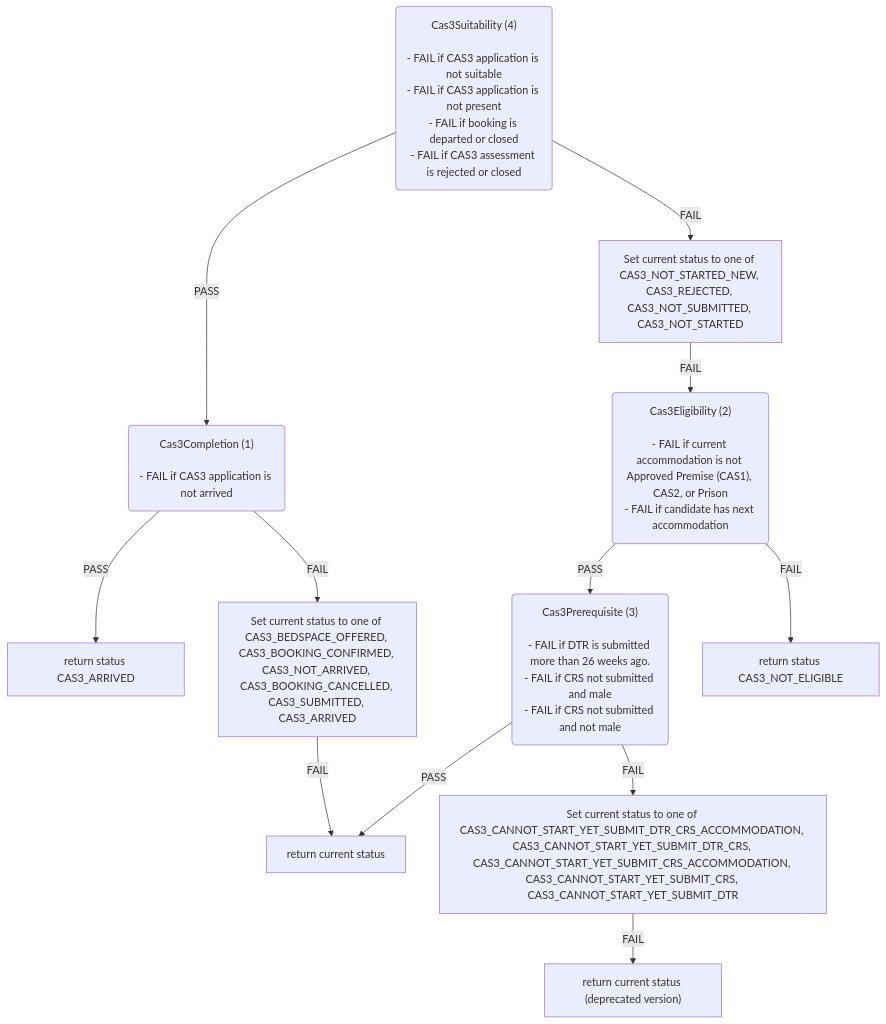
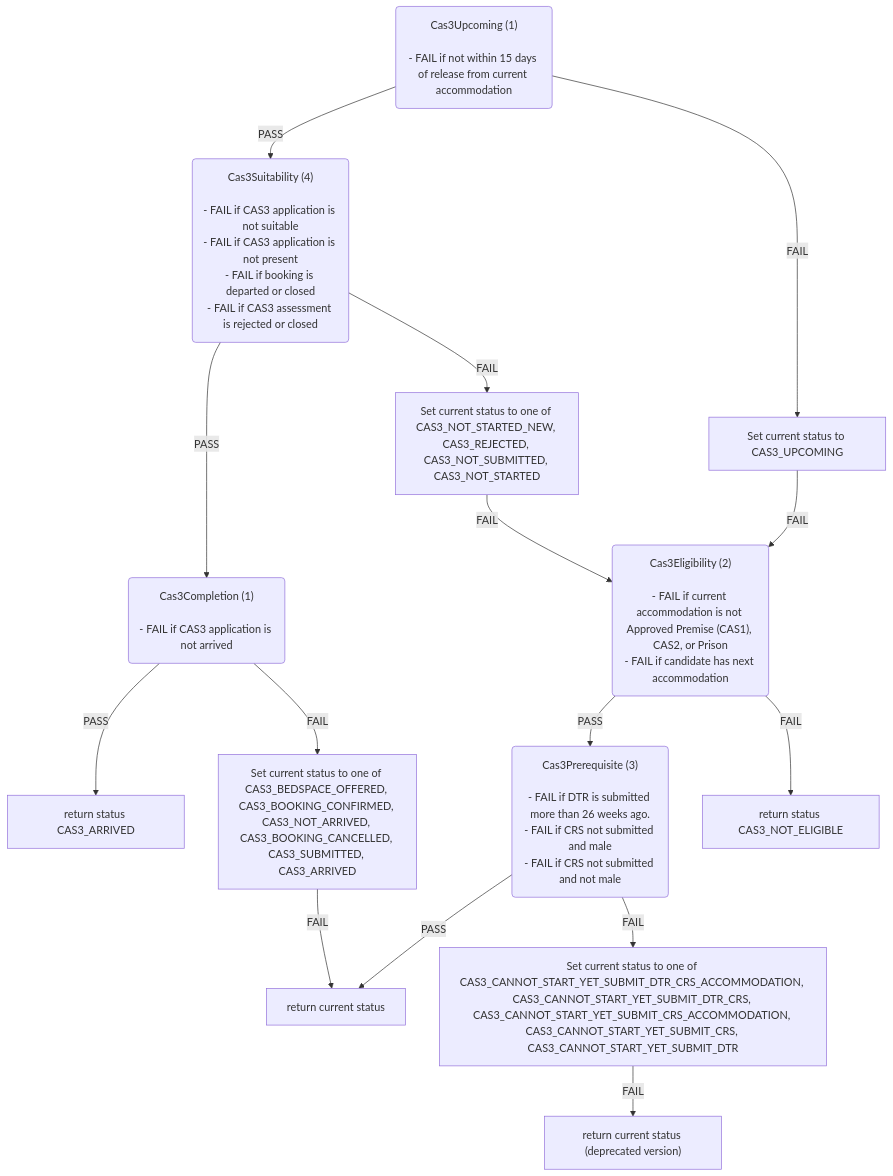
One commit to uk-gov-mirror/ministryofjustice.hmpps-single-accommodation-service-api changed the third of 6 diagrams in docs/eligibility-rules-graph.md. Above: the diagram before and after it, drawn with Mermaid. The commit also changed other lines of this file and 14 other files, not shown here.

Commit message:
feature/SAS-1390-Add-Upcoming-15-days-rule-to-CAS3

````diff
--- a/docs/eligibility-rules-graph.md
+++ b/docs/eligibility-rules-graph.md
@@ -218,39 +218,46 @@
 ```mermaid
 flowchart TD
+  Cas3Upcoming("Cas3Upcoming (1)
+
+- FAIL if not within 15 days of release from current accommodation")
   Cas3Suitability("Cas3Suitability (4)
 
 - FAIL if CAS3 application is not suitable
 - FAIL if CAS3 application is not present
 - FAIL if booking is departed or closed
 - FAIL if CAS3 assessment is rejected or closed")
   Cas3Completion("Cas3Completion (1)
 
 - FAIL if CAS3 application is not arrived")
   return_status_CAS3_ARRIVED["return status CAS3_ARRIVED"]
   Set_current_status_to_one_of_CAS3_BEDSPACE_OFFERED__CAS3_BOOKING_CONFIRMED__CAS3_NOT_ARRIVED__CAS3_BOOKING_CANCELLED__CAS3_SUBMITTED__CAS3_ARRIVED["Set current status to one of CAS3_BEDSPACE_OFFERED, CAS3_BOOKING_CONFIRMED, CAS3_NOT_ARRIVED, CAS3_BOOKING_CANCELLED, CAS3_SUBMITTED, CAS3_ARRIVED"]
   return_current_status["return current status"]
   Set_current_status_to_one_of_CAS3_NOT_STARTED_NEW__CAS3_REJECTED__CAS3_NOT_SUBMITTED__CAS3_NOT_STARTED["Set current status to one of CAS3_NOT_STARTED_NEW, CAS3_REJECTED, CAS3_NOT_SUBMITTED, CAS3_NOT_STARTED"]
   Cas3Eligibility("Cas3Eligibility (2)
 
 - FAIL if current accommodation is not Approved Premise (CAS1), CAS2, or Prison
 - FAIL if candidate has next accommodation")
   Cas3Prerequisite("Cas3Prerequisite (3)
 
 - FAIL if DTR is submitted more than 26 weeks ago.
 - FAIL if CRS not submitted and male
 - FAIL if CRS not submitted and not male")
   Set_current_status_to_one_of_CAS3_CANNOT_START_YET_SUBMIT_DTR_CRS_ACCOMMODATION__CAS3_CANNOT_START_YET_SUBMIT_DTR_CRS__CAS3_CANNOT_START_YET_SUBMIT_CRS_ACCOMMODATION__CAS3_CANNOT_START_YET_SUBMIT_CRS__CAS3_CANNOT_START_YET_SUBMIT_DTR["Set current status to one of CAS3_CANNOT_START_YET_SUBMIT_DTR_CRS_ACCOMMODATION, CAS3_CANNOT_START_YET_SUBMIT_DTR_CRS, CAS3_CANNOT_START_YET_SUBMIT_CRS_ACCOMMODATION, CAS3_CANNOT_START_YET_SUBMIT_CRS, CAS3_CANNOT_START_YET_SUBMIT_DTR"]
   return_current_status__deprecated_version_["return current status (deprecated version)"]
   return_status_CAS3_NOT_ELIGIBLE["return status CAS3_NOT_ELIGIBLE"]
+  Set_current_status_to_CAS3_UPCOMING["Set current status to CAS3_UPCOMING"]
   Cas3Completion -->|PASS| return_status_CAS3_ARRIVED
   Cas3Completion -->|FAIL| Set_current_status_to_one_of_CAS3_BEDSPACE_OFFERED__CAS3_BOOKING_CONFIRMED__CAS3_NOT_ARRIVED__CAS3_BOOKING_CANCELLED__CAS3_SUBMITTED__CAS3_ARRIVED
   Set_current_status_to_one_of_CAS3_BEDSPACE_OFFERED__CAS3_BOOKING_CONFIRMED__CAS3_NOT_ARRIVED__CAS3_BOOKING_CANCELLED__CAS3_SUBMITTED__CAS3_ARRIVED -->|FAIL| return_current_status
   Cas3Suitability -->|PASS| Cas3Completion
   Cas3Suitability -->|FAIL| Set_current_status_to_one_of_CAS3_NOT_STARTED_NEW__CAS3_REJECTED__CAS3_NOT_SUBMITTED__CAS3_NOT_STARTED
   Cas3Prerequisite -->|PASS| return_current_status
   Cas3Prerequisite -->|FAIL| Set_current_status_to_one_of_CAS3_CANNOT_START_YET_SUBMIT_DTR_CRS_ACCOMMODATION__CAS3_CANNOT_START_YET_SUBMIT_DTR_CRS__CAS3_CANNOT_START_YET_SUBMIT_CRS_ACCOMMODATION__CAS3_CANNOT_START_YET_SUBMIT_CRS__CAS3_CANNOT_START_YET_SUBMIT_DTR
   Set_current_status_to_one_of_CAS3_CANNOT_START_YET_SUBMIT_DTR_CRS_ACCOMMODATION__CAS3_CANNOT_START_YET_SUBMIT_DTR_CRS__CAS3_CANNOT_START_YET_SUBMIT_CRS_ACCOMMODATION__CAS3_CANNOT_START_YET_SUBMIT_CRS__CAS3_CANNOT_START_YET_SUBMIT_DTR -->|FAIL| return_current_status__deprecated_version_
   Cas3Eligibility -->|PASS| Cas3Prerequisite
   Cas3Eligibility -->|FAIL| return_status_CAS3_NOT_ELIGIBLE
   Set_current_status_to_one_of_CAS3_NOT_STARTED_NEW__CAS3_REJECTED__CAS3_NOT_SUBMITTED__CAS3_NOT_STARTED -->|FAIL| Cas3Eligibility
+  Cas3Upcoming -->|PASS| Cas3Suitability
+  Cas3Upcoming -->|FAIL| Set_current_status_to_CAS3_UPCOMING
+  Set_current_status_to_CAS3_UPCOMING -->|FAIL| Cas3Eligibility
 ```
````
